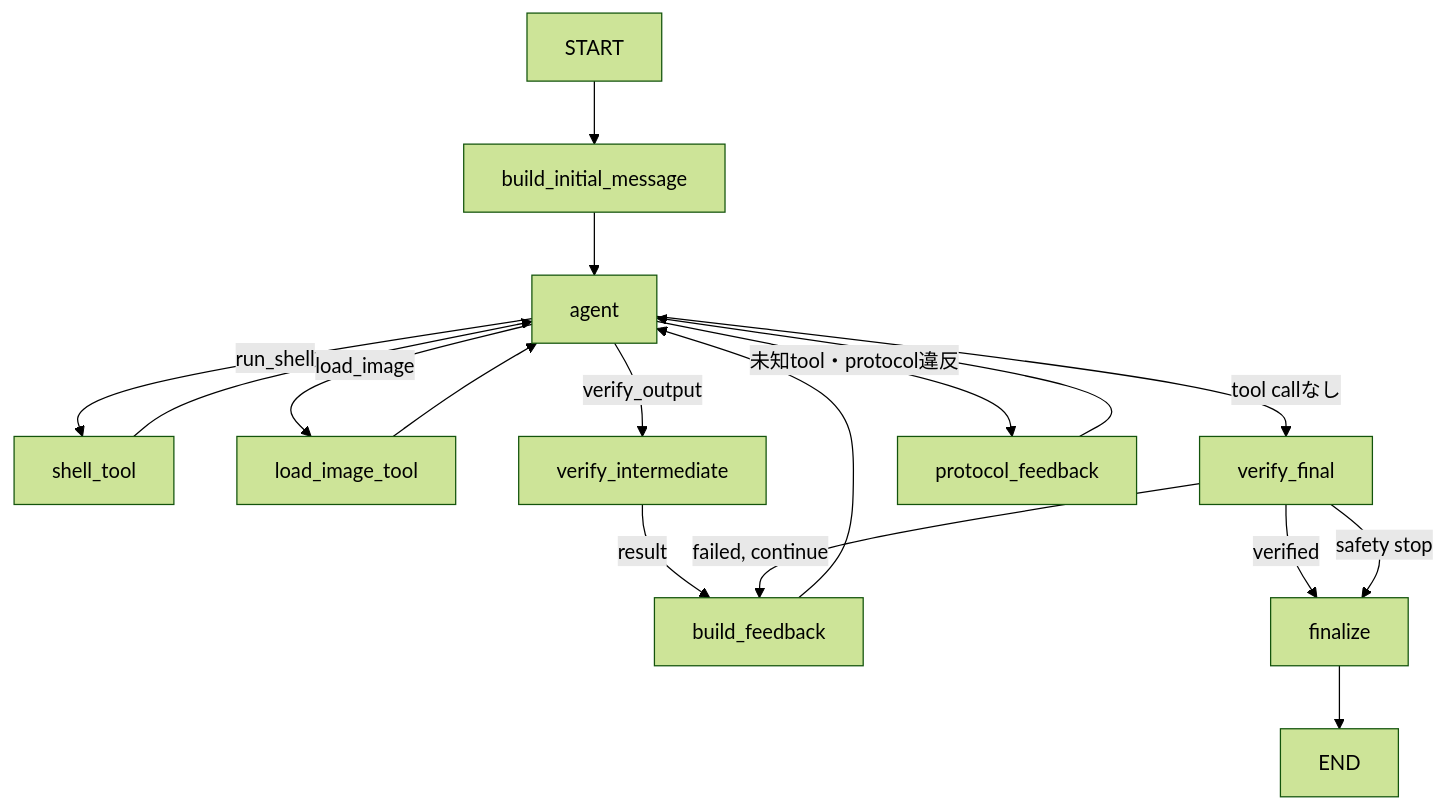
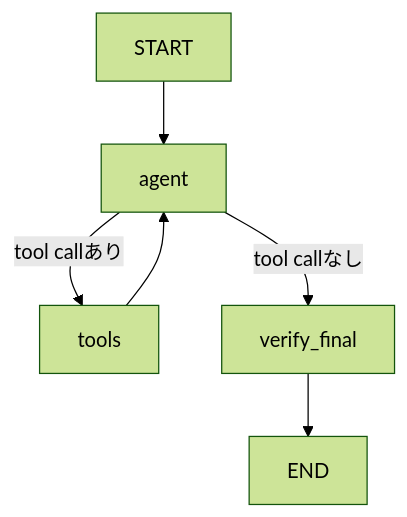
One commit to kakukakujirori/drawing2cad changed the diagram in implementation_plan.md. Above: the diagram before and after it, drawn with Mermaid (forest theme). The commit also changed other lines of this file and 3 other files, not shown here.

````diff
--- a/implementation_plan.md
+++ b/implementation_plan.md
@@ -347,25 +328,8 @@
 ```mermaid
 flowchart TD
-    START --> build_initial_message
-    build_initial_message --> agent
-
-    agent -->|run_shell| shell_tool
-    shell_tool --> agent
-
-    agent -->|load_image| load_image_tool
-    load_image_tool --> agent
-
-    agent -->|verify_output| verify_intermediate
-    verify_intermediate -->|result| build_feedback
-    build_feedback --> agent
-
+    START --> agent
+    agent -->|tool callあり| tools
+    tools --> agent
     agent -->|tool callなし| verify_final
-    verify_final -->|verified| finalize
-    verify_final -->|failed, continue| build_feedback
-    verify_final -->|safety stop| finalize
-
-    agent -->|未知tool・protocol違反| protocol_feedback
-    protocol_feedback --> agent
-
-    finalize --> END
+    verify_final --> END
 ```
````
